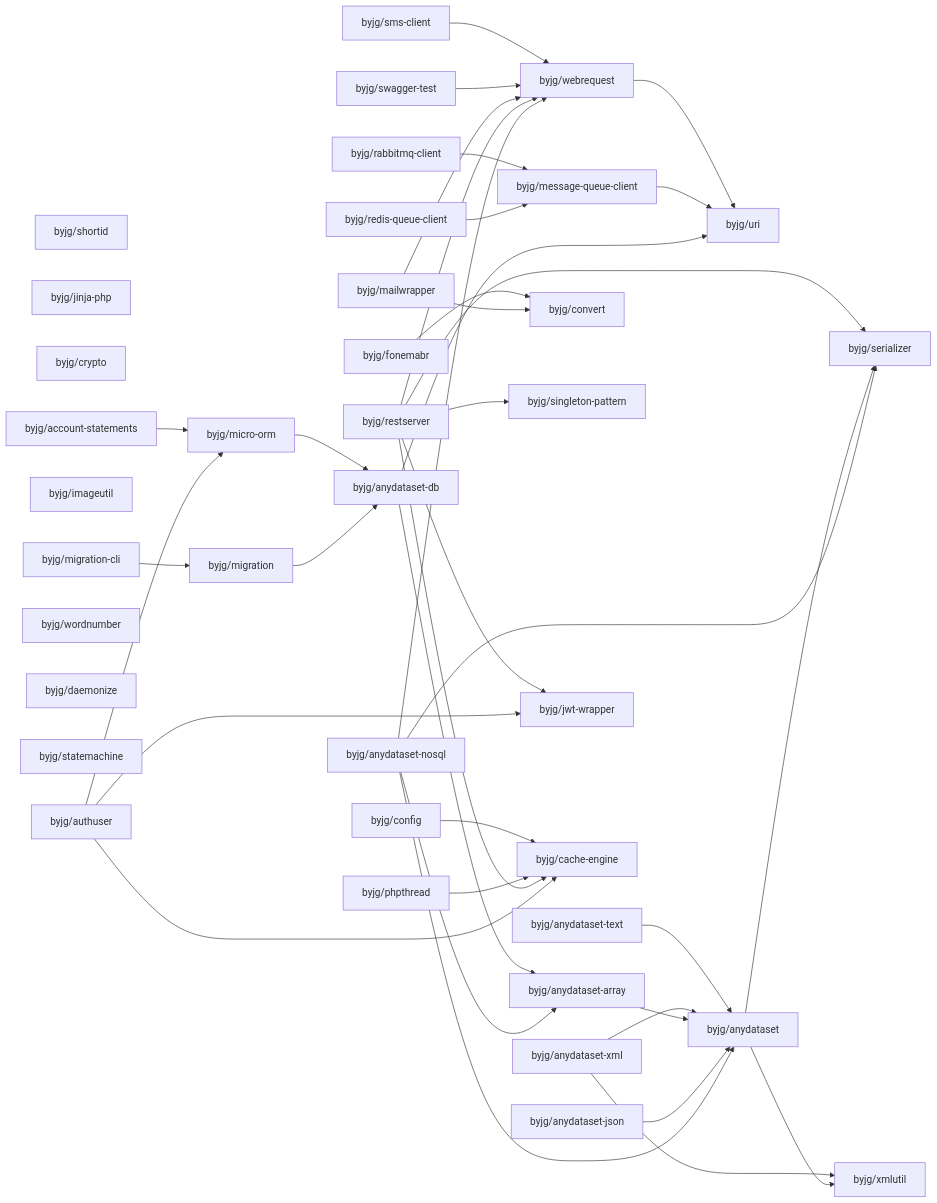
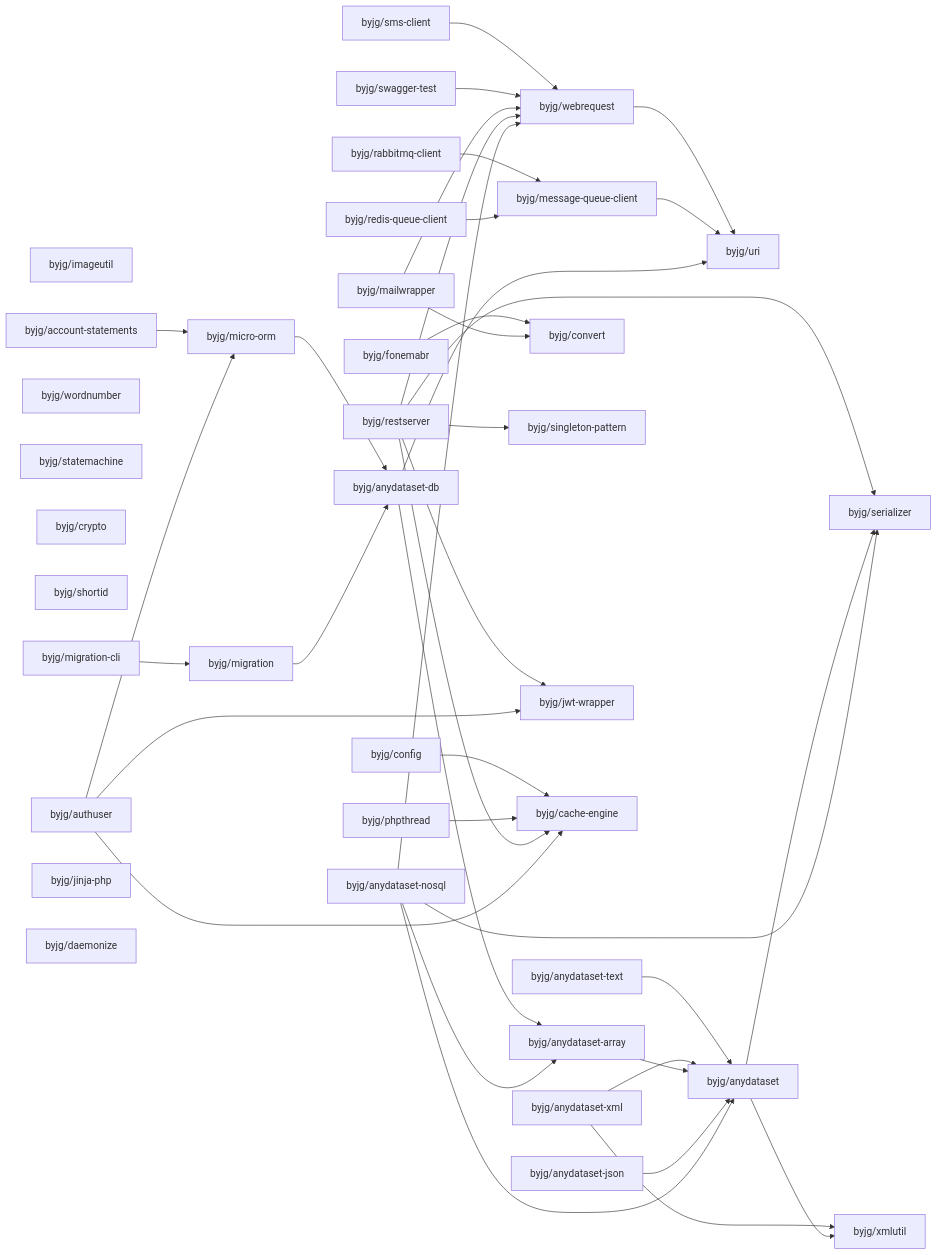
One commit to byjg/byjg.github.io changed the diagram in php/README.md. Above: the diagram before and after it, drawn with Mermaid. The commit also changed other lines of this file, not shown here.

Commit message:
Update documentation 'php' 'php-webrequest'

````diff
--- a/php/README.md
+++ b/php/README.md
@@ -3,76 +3,76 @@
 ```mermaid
 graph LR;
+  byjg/sms-client;
   byjg/rabbitmq-client;
-  byjg/sms-client;
+  byjg/redis-queue-client;
+  byjg/imageutil;
+  byjg/phpthread;
   byjg/fonemabr;
-  byjg/shortid;
-  byjg/jinja-php;
+  byjg/migration-cli;
+  byjg/anydataset-xml;
+  byjg/mailwrapper;
+  byjg/wordnumber;
+  byjg/statemachine;
   byjg/crypto;
-  byjg/phpthread;
-  byjg/authuser;
-  byjg/anydataset-nosql;
-  byjg/imageutil;
-  byjg/anydataset-xml;
-  byjg/redis-queue-client;
-  byjg/migration-cli;
+  byjg/swagger-test;
+  byjg/restserver;
   byjg/anydataset-text;
   byjg/anydataset-json;
-  byjg/mailwrapper;
-  byjg/swagger-test;
-  byjg/wordnumber;
-  byjg/restserver;
-  byjg/daemonize;
-  byjg/statemachine;
+  byjg/shortid;
+  byjg/authuser;
   byjg/config;
   byjg/account-statements;
+  byjg/jinja-php;
+  byjg/anydataset-nosql;
+  byjg/daemonize;
   byjg/message-queue-client;
   byjg/migration;
   byjg/convert;
   byjg/singleton-pattern;
-  byjg/webrequest;
   byjg/jwt-wrapper;
   byjg/cache-engine;
   byjg/micro-orm;
+  byjg/webrequest;
   byjg/anydataset-db;
   byjg/anydataset-array;
   byjg/uri;
   byjg/anydataset;
   byjg/serializer;
   byjg/xmlutil;
   byjg/sms-client --> byjg/webrequest;
   byjg/fonemabr --> byjg/convert;
   byjg/config --> byjg/cache-engine;
   byjg/anydataset-text --> byjg/anydataset;
   byjg/webrequest --> byjg/uri;
   byjg/account-statements --> byjg/micro-orm;
   byjg/rabbitmq-client --> byjg/message-queue-client;
   byjg/micro-orm --> byjg/anydataset-db;
   byjg/phpthread --> byjg/cache-engine;
   byjg/swagger-test --> byjg/webrequest;
   byjg/anydataset-xml --> byjg/anydataset;
   byjg/anydataset-xml --> byjg/xmlutil;
   byjg/anydataset-array --> byjg/anydataset;
   byjg/mailwrapper --> byjg/convert;
   byjg/mailwrapper --> byjg/webrequest;
   byjg/message-queue-client --> byjg/uri;
   byjg/anydataset-db --> byjg/anydataset-array;
   byjg/anydataset-db --> byjg/uri;
   byjg/anydataset-json --> byjg/anydataset;
   byjg/migration --> byjg/anydataset-db;
   byjg/redis-queue-client --> byjg/message-queue-client;
   byjg/restserver --> byjg/serializer;
   byjg/restserver --> byjg/singleton-pattern;
   byjg/restserver --> byjg/cache-engine;
   byjg/restserver --> byjg/webrequest;
   byjg/restserver --> byjg/jwt-wrapper;
   byjg/authuser --> byjg/micro-orm;
   byjg/authuser --> byjg/cache-engine;
   byjg/authuser --> byjg/jwt-wrapper;
   byjg/migration-cli --> byjg/migration;
   byjg/anydataset --> byjg/serializer;
   byjg/anydataset --> byjg/xmlutil;
   byjg/anydataset-nosql --> byjg/anydataset;
   byjg/anydataset-nosql --> byjg/anydataset-array;
   byjg/anydataset-nosql --> byjg/serializer;
   byjg/anydataset-nosql --> byjg/webrequest;
 ```
````
